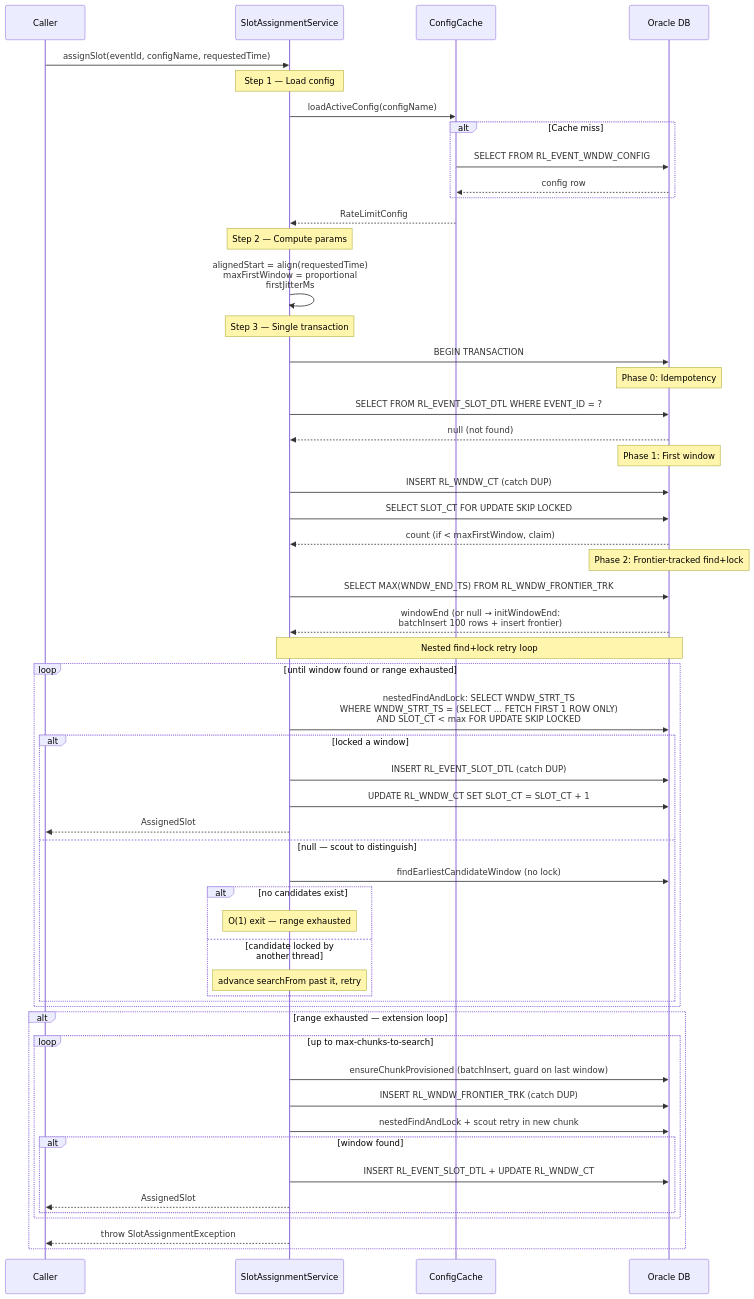
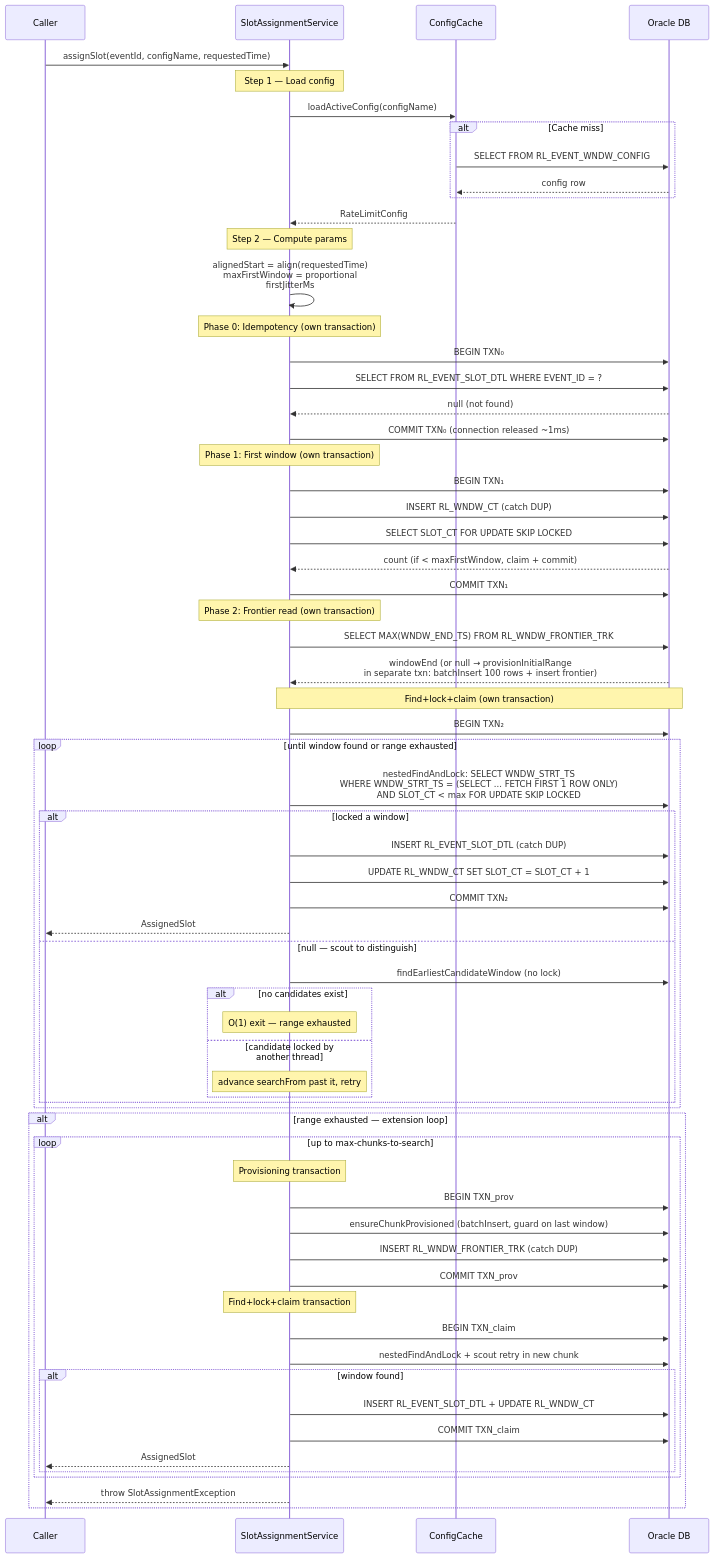
Before and after one commit to arunav-bhattacharya/rate-limiter: the first of 2 diagrams in README.md, drawn with Mermaid. The commit also changed other lines of this file and 2 other files, not shown here.

Commit message:
Split the slot assignment service into individual transactions instead of a long-running transaction

````diff
--- a/README.md
+++ b/README.md
@@ -314,66 +314,76 @@
 ```mermaid
 sequenceDiagram
     participant Caller
     participant SAS as SlotAssignmentService
     participant Cache as ConfigCache
     participant DB as Oracle DB
 
     Caller->>SAS: assignSlot(eventId, configName, requestedTime)
 
     Note over SAS: Step 1 — Load config
     SAS->>Cache: loadActiveConfig(configName)
     alt Cache miss
         Cache->>DB: SELECT FROM RL_EVENT_WNDW_CONFIG
         DB-->>Cache: config row
     end
     Cache-->>SAS: RateLimitConfig
 
     Note over SAS: Step 2 — Compute params
     SAS->>SAS: alignedStart = align(requestedTime)<br/>maxFirstWindow = proportional<br/>firstJitterMs
 
-    Note over SAS: Step 3 — Single transaction
-    SAS->>DB: BEGIN TRANSACTION
-
-    Note over DB: Phase 0: Idempotency
+    Note over SAS: Phase 0: Idempotency (own transaction)
+    SAS->>DB: BEGIN TXN₀
     SAS->>DB: SELECT FROM RL_EVENT_SLOT_DTL WHERE EVENT_ID = ?
     DB-->>SAS: null (not found)
+    SAS->>DB: COMMIT TXN₀ (connection released ~1ms)
 
-    Note over DB: Phase 1: First window
+    Note over SAS: Phase 1: First window (own transaction)
+    SAS->>DB: BEGIN TXN₁
     SAS->>DB: INSERT RL_WNDW_CT (catch DUP)
     SAS->>DB: SELECT SLOT_CT FOR UPDATE SKIP LOCKED
-    DB-->>SAS: count (if < maxFirstWindow, claim)
+    DB-->>SAS: count (if < maxFirstWindow, claim + commit)
+    SAS->>DB: COMMIT TXN₁
 
-    Note over DB: Phase 2: Frontier-tracked find+lock
+    Note over SAS: Phase 2: Frontier read (own transaction)
     SAS->>DB: SELECT MAX(WNDW_END_TS) FROM RL_WNDW_FRONTIER_TRK
-    DB-->>SAS: windowEnd (or null → initWindowEnd:<br/>batchInsert 100 rows + insert frontier)
+    DB-->>SAS: windowEnd (or null → provisionInitialRange<br/>in separate txn: batchInsert 100 rows + insert frontier)
 
-    Note over SAS,DB: Nested find+lock retry loop
+    Note over SAS,DB: Find+lock+claim (own transaction)
+    SAS->>DB: BEGIN TXN₂
     loop until window found or range exhausted
         SAS->>DB: nestedFindAndLock: SELECT WNDW_STRT_TS<br/>WHERE WNDW_STRT_TS = (SELECT ... FETCH FIRST 1 ROW ONLY)<br/>AND SLOT_CT < max FOR UPDATE SKIP LOCKED
         alt locked a window
             SAS->>DB: INSERT RL_EVENT_SLOT_DTL (catch DUP)
             SAS->>DB: UPDATE RL_WNDW_CT SET SLOT_CT = SLOT_CT + 1
+            SAS->>DB: COMMIT TXN₂
             SAS-->>Caller: AssignedSlot
         else null — scout to distinguish
             SAS->>DB: findEarliestCandidateWindow (no lock)
             alt no candidates exist
                 Note over SAS: O(1) exit — range exhausted
             else candidate locked by another thread
                 Note over SAS: advance searchFrom past it, retry
             end
         end
     end
 
     alt range exhausted — extension loop
         loop up to max-chunks-to-search
+            Note over SAS: Provisioning transaction
+            SAS->>DB: BEGIN TXN_prov
             SAS->>DB: ensureChunkProvisioned (batchInsert, guard on last window)
             SAS->>DB: INSERT RL_WNDW_FRONTIER_TRK (catch DUP)
+            SAS->>DB: COMMIT TXN_prov
+
+            Note over SAS: Find+lock+claim transaction
+            SAS->>DB: BEGIN TXN_claim
             SAS->>DB: nestedFindAndLock + scout retry in new chunk
             alt window found
                 SAS->>DB: INSERT RL_EVENT_SLOT_DTL + UPDATE RL_WNDW_CT
+                SAS->>DB: COMMIT TXN_claim
                 SAS-->>Caller: AssignedSlot
             end
         end
         SAS-->>Caller: throw SlotAssignmentException
     end
 ```
````
